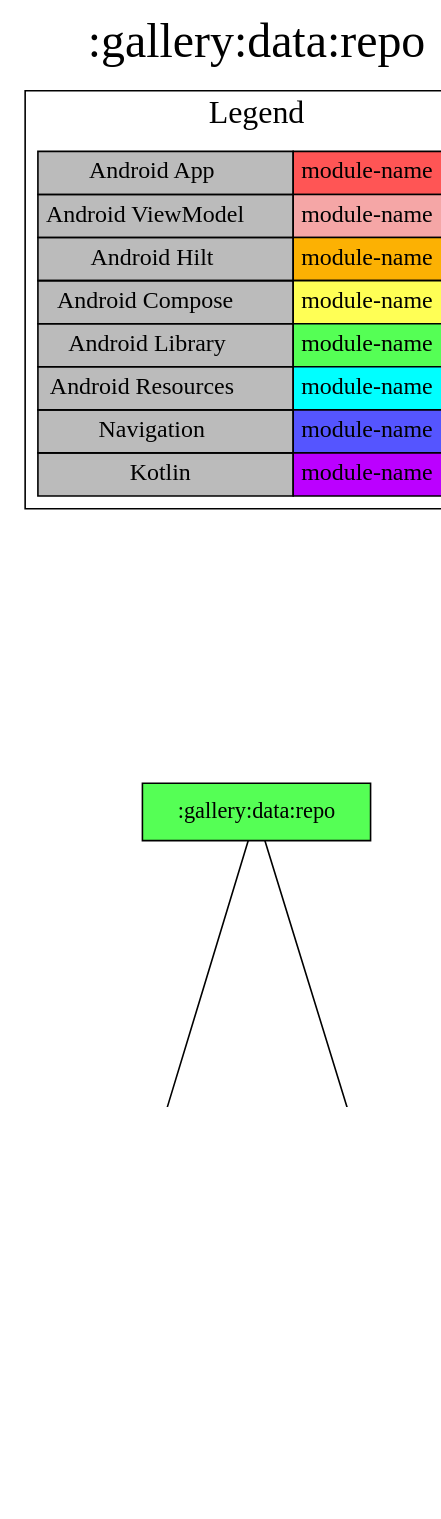
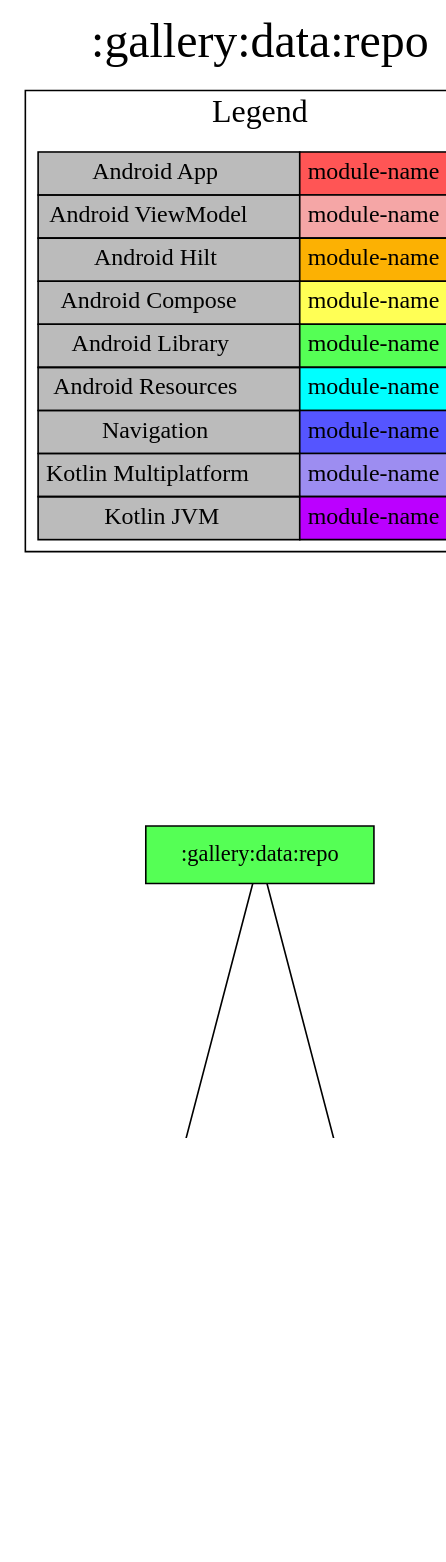
Before and after one commit to jonapoul/nasa-android: the diagram in modules/gallery/data/repo/project-dependency-graph.dot, drawn with Graphviz. The commit also changed 210 other files, not shown here.

```diff
--- a/modules/gallery/data/repo/project-dependency-graph.dot
+++ b/modules/gallery/data/repo/project-dependency-graph.dot
@@ -1,33 +1,34 @@
 digraph {
 edge ["dir"="forward"]
 graph ["dpi"="100","label"=":gallery:data:repo","labelloc"="t","fontsize"="30","ranksep"="2.5","rankdir"="TB"]
 node ["style"="filled"]
 ":gallery:data:repo" ["fillcolor"="#55FF55","shape"="box"]
-":db:gallery" ["fillcolor"="#BB00FF","shape"="box"]
+":db" ["fillcolor"="#9D8DF1","shape"="box"]
 ":gallery:model" ["fillcolor"="#BB00FF","shape"="box"]
 ":gallery:data:api" ["fillcolor"="#BB00FF","shape"="box"]
 {
 edge ["dir"="none"]
 graph ["rank"="same"]
 }
-":gallery:data:repo" -> ":db:gallery"
+":gallery:data:repo" -> ":db"
 ":gallery:data:repo" -> ":gallery:data:api"
-":db:gallery" -> ":gallery:model"
+":db" -> ":gallery:model"
 ":gallery:data:api" -> ":gallery:model"
 subgraph "cluster_legend" {
 edge ["dir"="none"]
 graph ["label"="Legend","fontsize"="20"]
 "Legend" ["style"="filled","fillcolor"="#bbbbbb","shape"="none","margin"="0","fontsize"="15","label"=<
 <TABLE BORDER="0" CELLBORDER="1" CELLSPACING="0" CELLPADDING="4">
 <TR><TD>Android App</TD><TD BGCOLOR="#FF5555">module-name</TD></TR>
 <TR><TD>Android ViewModel</TD><TD BGCOLOR="#F5A6A6">module-name</TD></TR>
 <TR><TD>Android Hilt</TD><TD BGCOLOR="#FCB103">module-name</TD></TR>
 <TR><TD>Android Compose</TD><TD BGCOLOR="#FFFF55">module-name</TD></TR>
 <TR><TD>Android Library</TD><TD BGCOLOR="#55FF55">module-name</TD></TR>
 <TR><TD>Android Resources</TD><TD BGCOLOR="#00FFFF">module-name</TD></TR>
 <TR><TD>Navigation</TD><TD BGCOLOR="#5555FF">module-name</TD></TR>
-<TR><TD>Kotlin</TD><TD BGCOLOR="#BB00FF">module-name</TD></TR>
+<TR><TD>Kotlin Multiplatform</TD><TD BGCOLOR="#9D8DF1">module-name</TD></TR>
+<TR><TD>Kotlin JVM</TD><TD BGCOLOR="#BB00FF">module-name</TD></TR>
 </TABLE>
 >]
 } -> ":gallery:data:repo" ["style"="invis"]
 }
```
